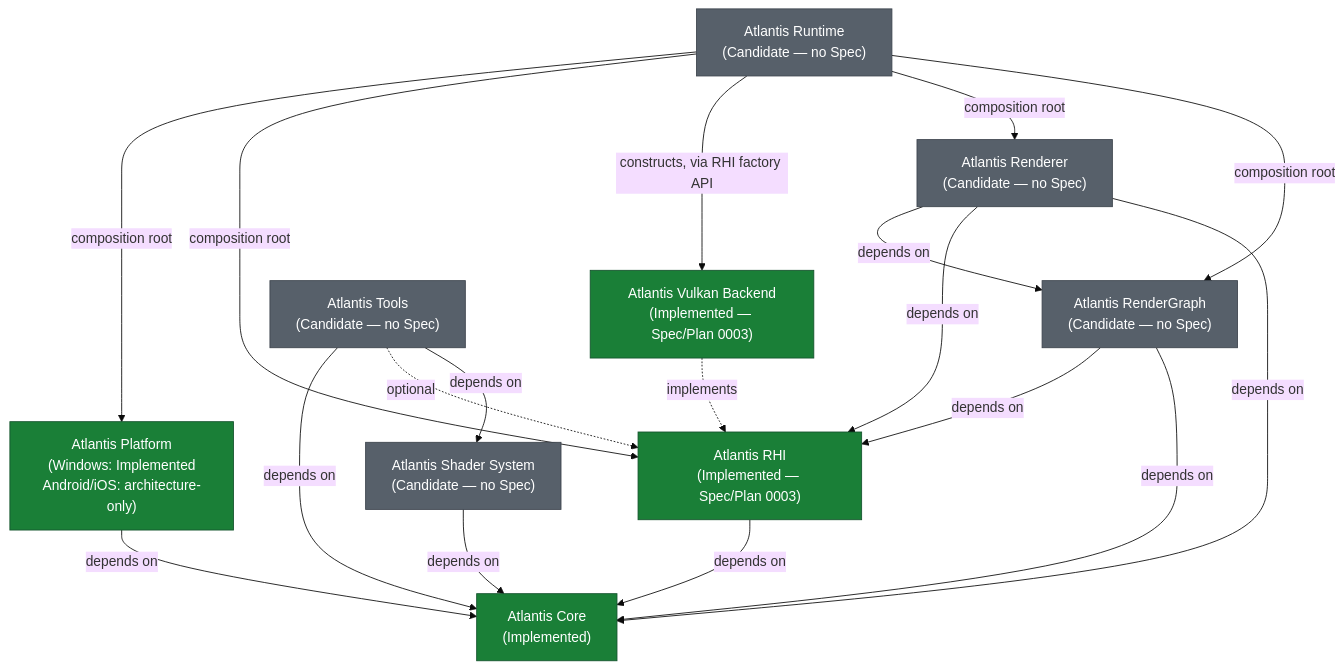
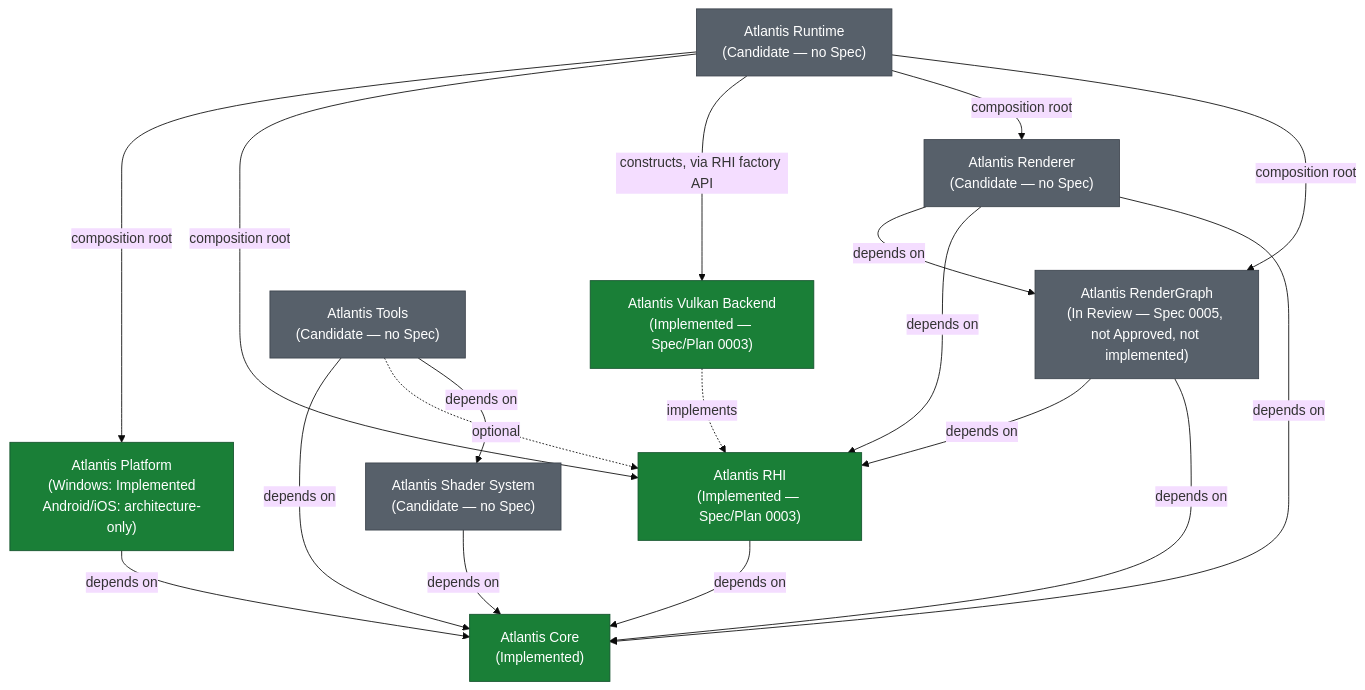
The diagram in docs/project-blueprint.md (slmao/Atlantis), drawn with Mermaid (base theme) before and after one commit. The commit also changed other lines of this file and 4 other files, not shown here.

Commit message:
spec: propose RenderGraph foundation

````diff
--- a/docs/project-blueprint.md
+++ b/docs/project-blueprint.md
@@ -89,47 +89,47 @@
 ```mermaid
 graph TD
     Core["Atlantis Core<br/>(Implemented)"]
 
     Platform["Atlantis Platform<br/>(Windows: Implemented<br/>Android/iOS: architecture-only)"]
     RHI["Atlantis RHI<br/>(Implemented — Spec/Plan 0003)"]
     VulkanBackend["Atlantis Vulkan Backend<br/>(Implemented — Spec/Plan 0003)"]
-    RenderGraph["Atlantis RenderGraph<br/>(Candidate — no Spec)"]
+    RenderGraph["Atlantis RenderGraph<br/>(In Review — Spec 0005, not Approved, not implemented)"]
     Renderer["Atlantis Renderer<br/>(Candidate — no Spec)"]
     ShaderSystem["Atlantis Shader System<br/>(Candidate — no Spec)"]
     Runtime["Atlantis Runtime<br/>(Candidate — no Spec)"]
     Tools["Atlantis Tools<br/>(Candidate — no Spec)"]
 
     Platform -->|depends on| Core
     RHI -->|depends on| Core
     RenderGraph -->|depends on| RHI
     RenderGraph -->|depends on| Core
     Renderer -->|depends on| RenderGraph
     Renderer -->|depends on| RHI
     Renderer -->|depends on| Core
     ShaderSystem -->|depends on| Core
     Tools -->|depends on| Core
     Tools -.->|optional| RHI
     Tools -->|depends on| ShaderSystem
 
     VulkanBackend -.->|implements| RHI
 
     Runtime -->|composition root| Platform
     Runtime -->|composition root| RHI
     Runtime -->|constructs, via RHI factory API| VulkanBackend
     Runtime -->|composition root| Renderer
     Runtime -->|composition root| RenderGraph
 
     classDef implemented fill:#1a7f37,color:#fff,stroke:#14532d
     classDef approved fill:#9a6700,color:#fff,stroke:#7c5300
     classDef candidate fill:#57606a,color:#fff,stroke:#3d444d
 
     class Core implemented
     class Platform implemented
     class RHI implemented
     class VulkanBackend implemented
     class RenderGraph candidate
     class Renderer candidate
     class ShaderSystem candidate
     class Runtime candidate
     class Tools candidate
 ```
````
